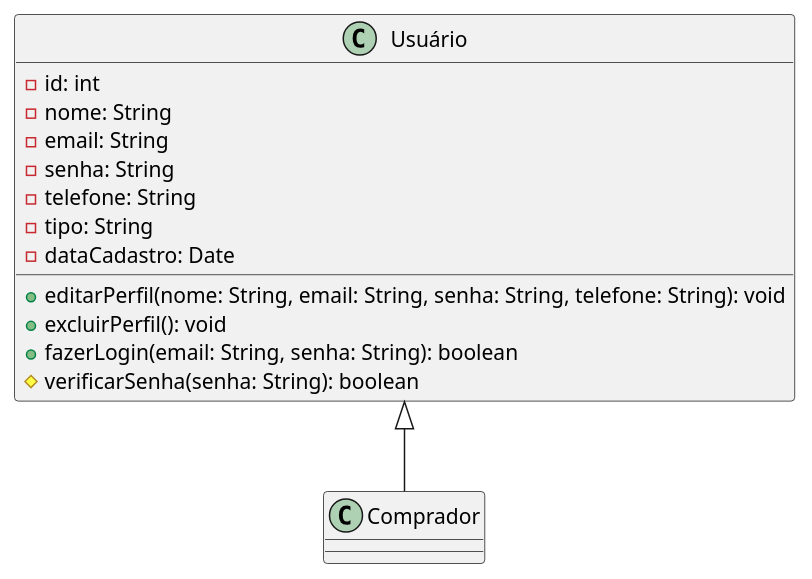
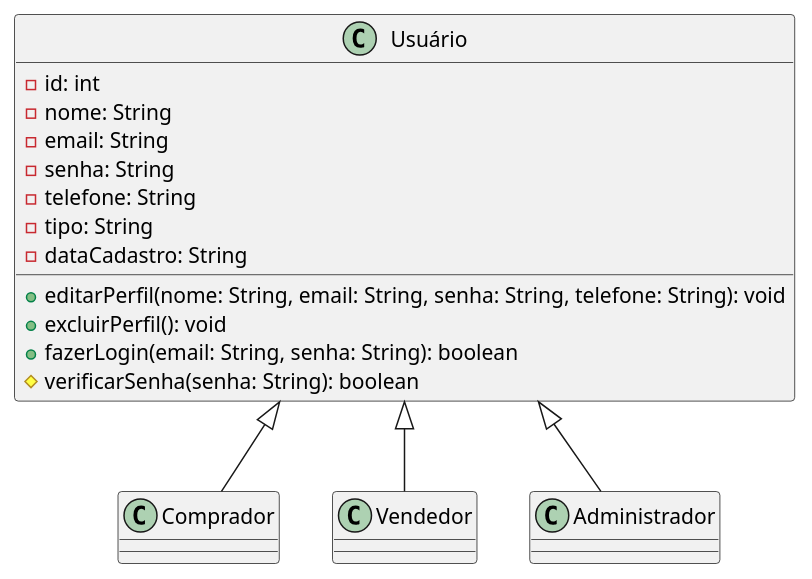
The diagram in classes.md (guilhermeoliveirateo/sistema-compra-venda-veiculos), drawn with PlantUML before and after one commit.

````diff
--- a/classes.md
+++ b/classes.md
@@ -9,27 +9,37 @@
 ``` plantuml
 @startuml 
 
 class Usuário {
 -id: int
 -nome: String
 -email: String
 -senha: String
 -telefone: String
 -tipo: String
--dataCadastro: Date
+-dataCadastro: String
 
 +editarPerfil(nome: String, email: String, senha: String, telefone: String): void
 +excluirPerfil(): void
 +fazerLogin(email: String, senha: String): boolean
 #verificarSenha(senha: String): boolean
 
 }
 
 class Comprador {
 
 }
 
+class Vendedor {
+
+}
+
+class Administrador {
+
+}
+
 Usuário <|-- Comprador
+Usuário <|-- Vendedor
+Usuário <|-- Administrador
  
 @enduml
 ```
````
